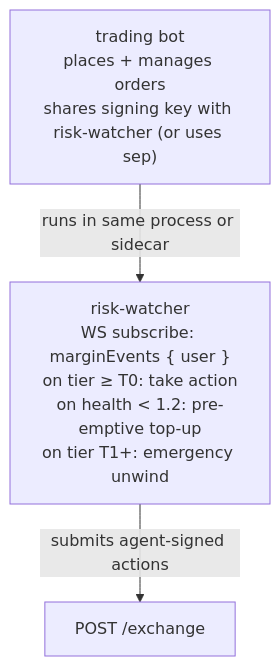
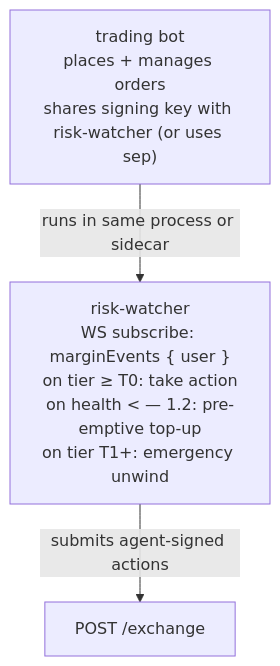
Before and after one commit to mtf-exchange/metaflux-knowledges: the first of 2 diagrams in docs/integration/risk-watcher.md, drawn with Mermaid. The commit also changed other lines of this file and 176 other files, not shown here.

First line of the commit message:
docs: split info by product, fix mermaid, drop sprint/diff wording, faster builds

````diff
--- a/docs/integration/risk-watcher.md
+++ b/docs/integration/risk-watcher.md
@@ -17,9 +17,9 @@
 ```mermaid
 flowchart TD
     bot["trading bot<br/>places + manages orders<br/>shares signing key with risk-watcher (or uses sep)"]
-    watcher["risk-watcher<br/>WS subscribe: marginEvents { user }<br/>on tier ≥ T0: take action<br/>on health &lt; 1.2: pre-emptive top-up<br/>on tier T1+: emergency unwind"]
+    watcher["risk-watcher<br/>WS subscribe: marginEvents { user }<br/>on tier ≥ T0: take action<br/>on health &lt — 1.2: pre-emptive top-up<br/>on tier T1+: emergency unwind"]
     exchange["POST /exchange"]
 
     bot -->|"runs in same process or sidecar"| watcher
     watcher -->|"submits agent-signed actions"| exchange
 ```
````
